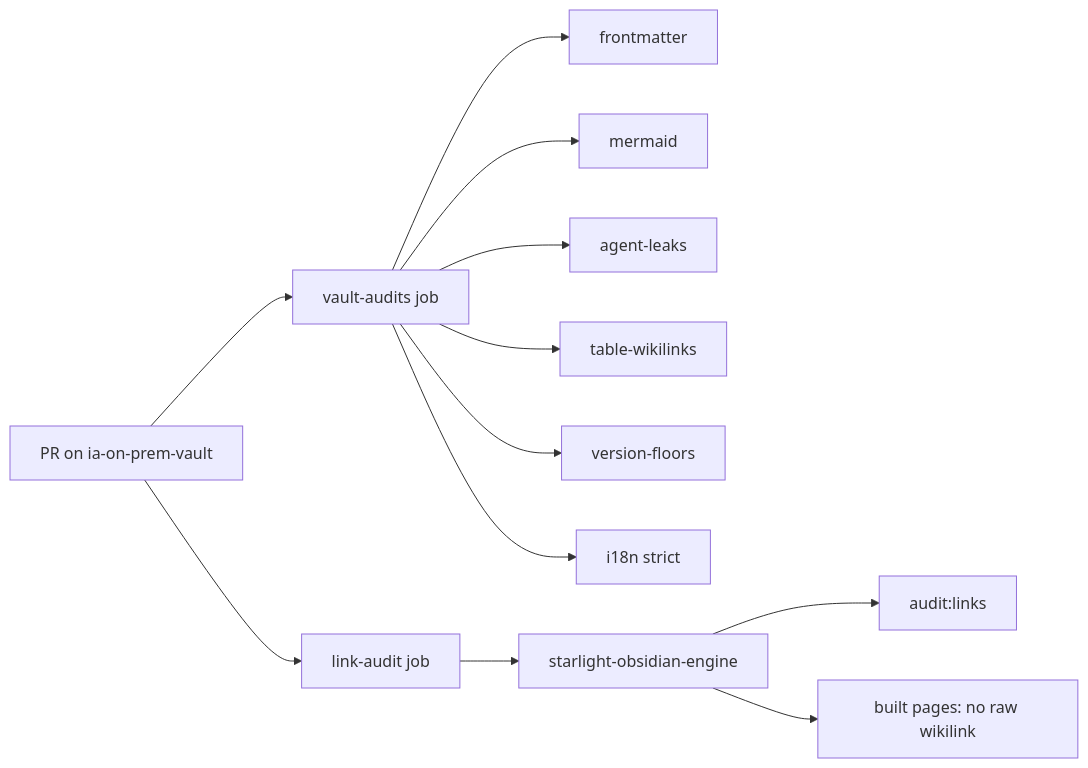
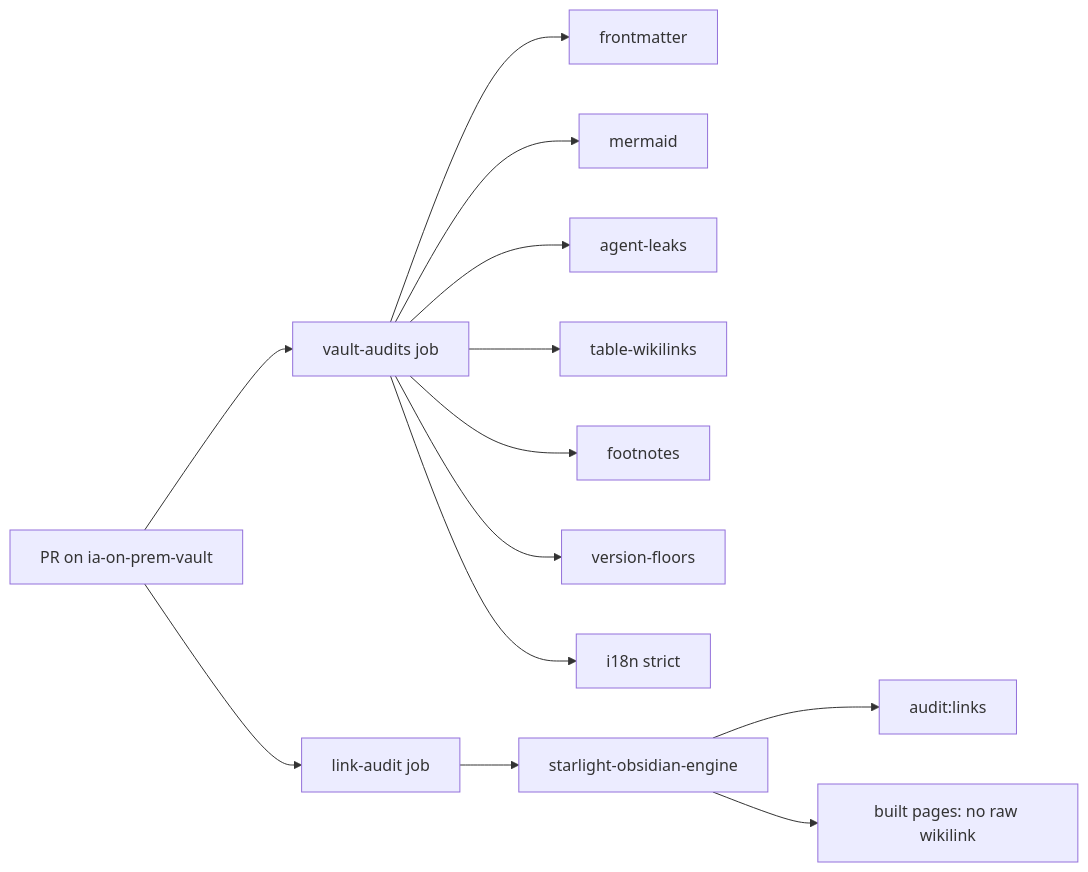
The diagram in docs/quality-checks.md (DamienBecherini/ia-on-prem-vault), drawn with Mermaid before and after one commit. The commit also changed other lines of this file and 10 other files, not shown here.

````diff
--- a/docs/quality-checks.md
+++ b/docs/quality-checks.md
@@ -17,14 +17,15 @@
 ```mermaid
 flowchart LR
   PR[PR on ia-on-prem-vault] --> VA[vault-audits job]
   PR --> LA[link-audit job]
   VA --> T1[frontmatter]
   VA --> T2[mermaid]
   VA --> T3[agent-leaks]
   VA --> T5[table-wikilinks]
+  VA --> T7[footnotes]
   VA --> T6[version-floors]
   VA --> T4[i18n strict]
   LA --> ENG[starlight-obsidian-engine]
   ENG --> LINKS[audit:links]
   ENG --> RENDER[built pages: no raw wikilink]
 ```
````
